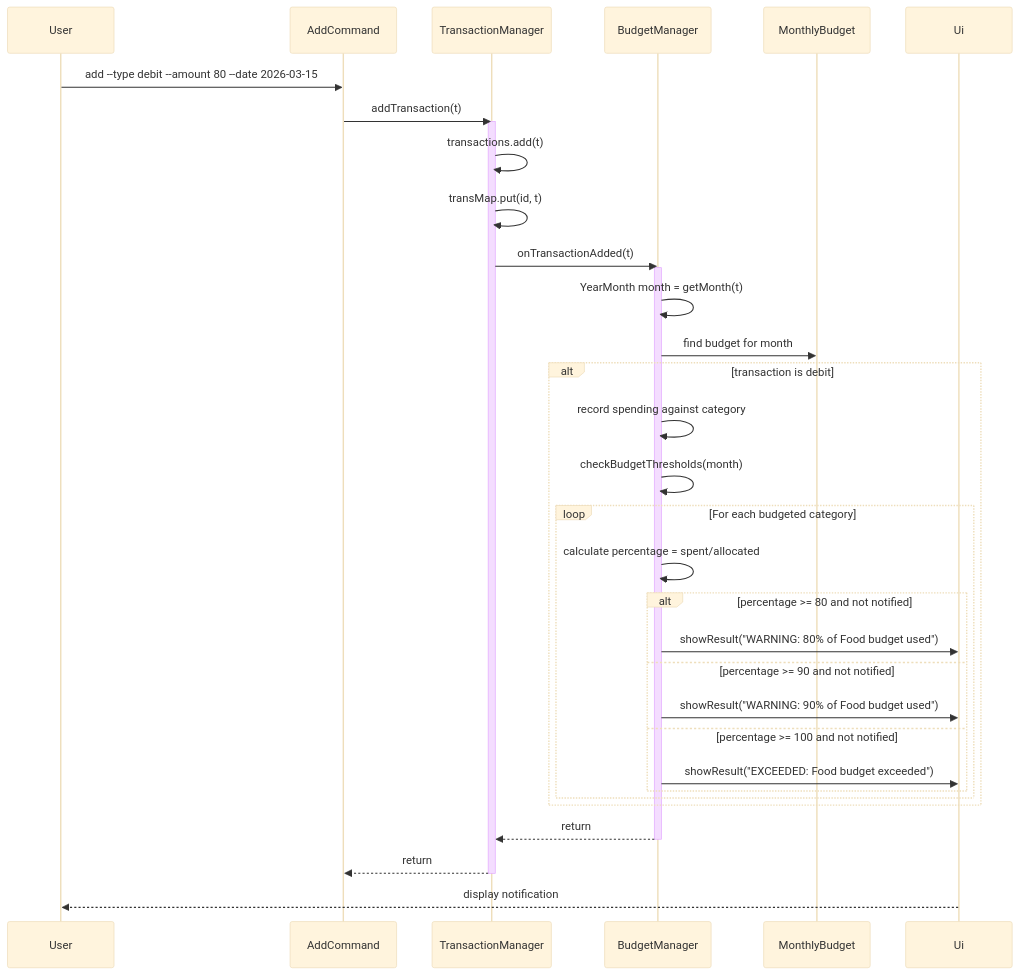
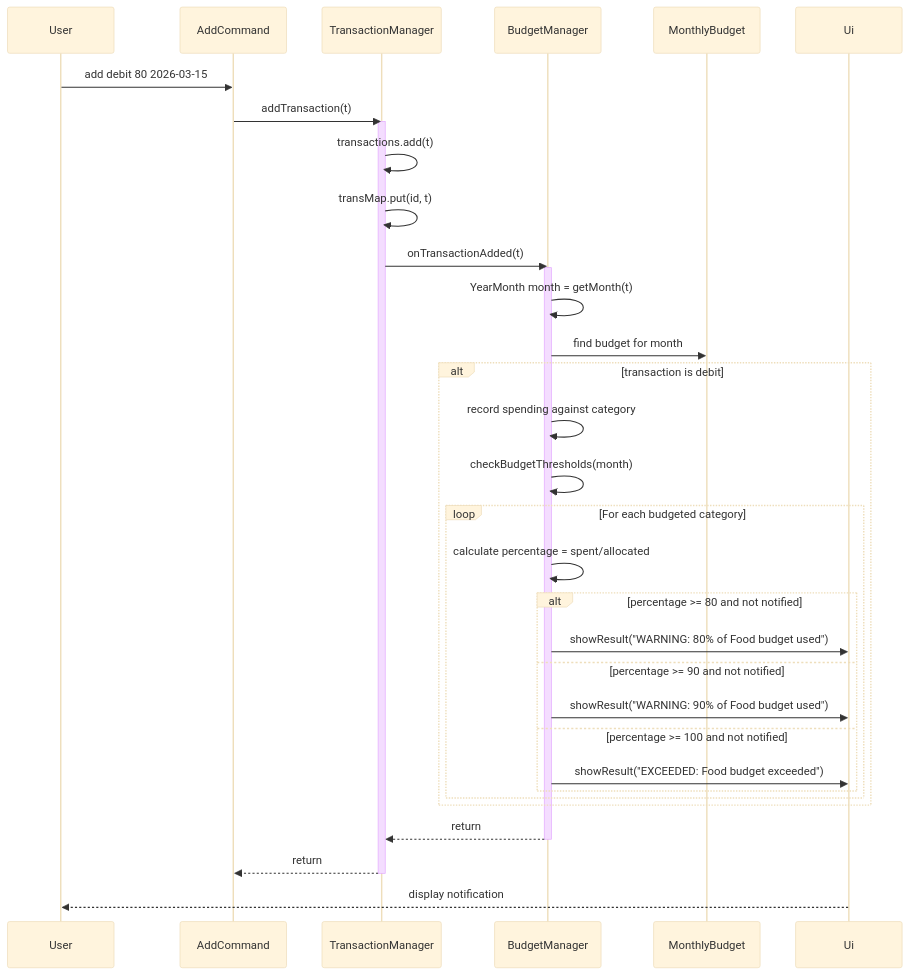
Before and after one commit to llk214/tp: diagram 13 of 18 in docs/DeveloperGuide.md, drawn with Mermaid (base theme). The commit also changed other lines of this file, not shown here.

Commit message:
Fix flag-based command examples in DG body diagrams

````diff
--- a/docs/DeveloperGuide.md
+++ b/docs/DeveloperGuide.md
@@ -930,46 +930,46 @@
 ```mermaid
 sequenceDiagram
     participant User
     participant AddCommand
     participant TM as TransactionManager
     participant BM as BudgetManager
     participant MonthlyBudget
     participant Ui
 
-    User->>AddCommand: add --type debit --amount 80 --date 2026-03-15
+    User->>AddCommand: add debit 80 2026-03-15
     AddCommand->>TM: addTransaction(t)
 
     activate TM
     TM->>TM: transactions.add(t)
     TM->>TM: transMap.put(id, t)
 
     TM->>BM: onTransactionAdded(t)
     activate BM
 
     BM->>BM: YearMonth month = getMonth(t)
     BM->>MonthlyBudget: find budget for month
     activate MonthlyBudget
 
     alt transaction is debit
         BM->>BM: record spending against category
         BM->>BM: checkBudgetThresholds(month)
 
         loop For each budgeted category
             BM->>BM: calculate percentage = spent/allocated
             alt percentage >= 80 and not notified
                 BM->>Ui: showResult("WARNING: 80% of Food budget used")
             else percentage >= 90 and not notified
                 BM->>Ui: showResult("WARNING: 90% of Food budget used")
             else percentage >= 100 and not notified
                 BM->>Ui: showResult("EXCEEDED: Food budget exceeded")
             end
         end
     end
 
     BM-->>TM: return
     deactivate BM
     TM-->>AddCommand: return
     deactivate TM
 
     Ui-->>User: display notification
 ```
````
